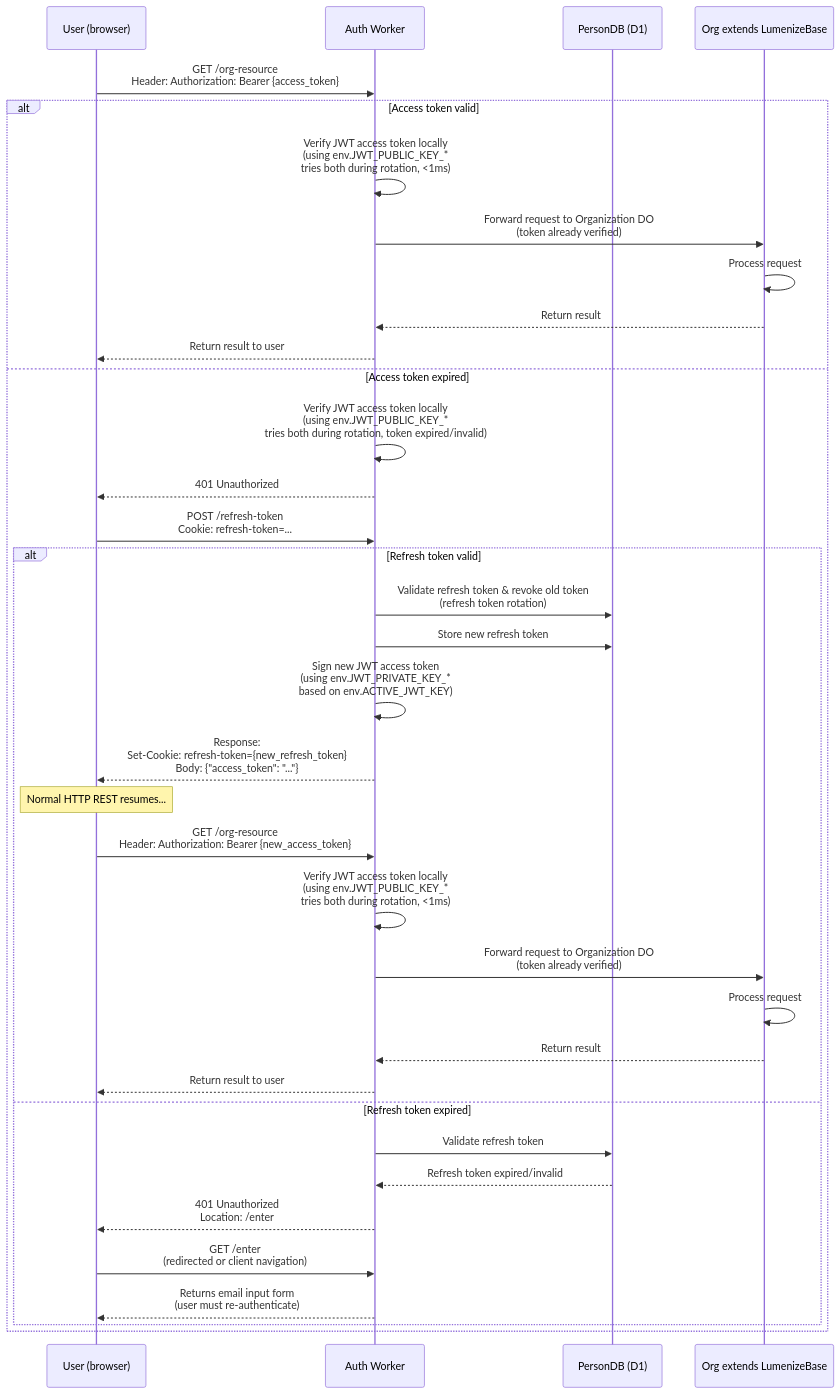
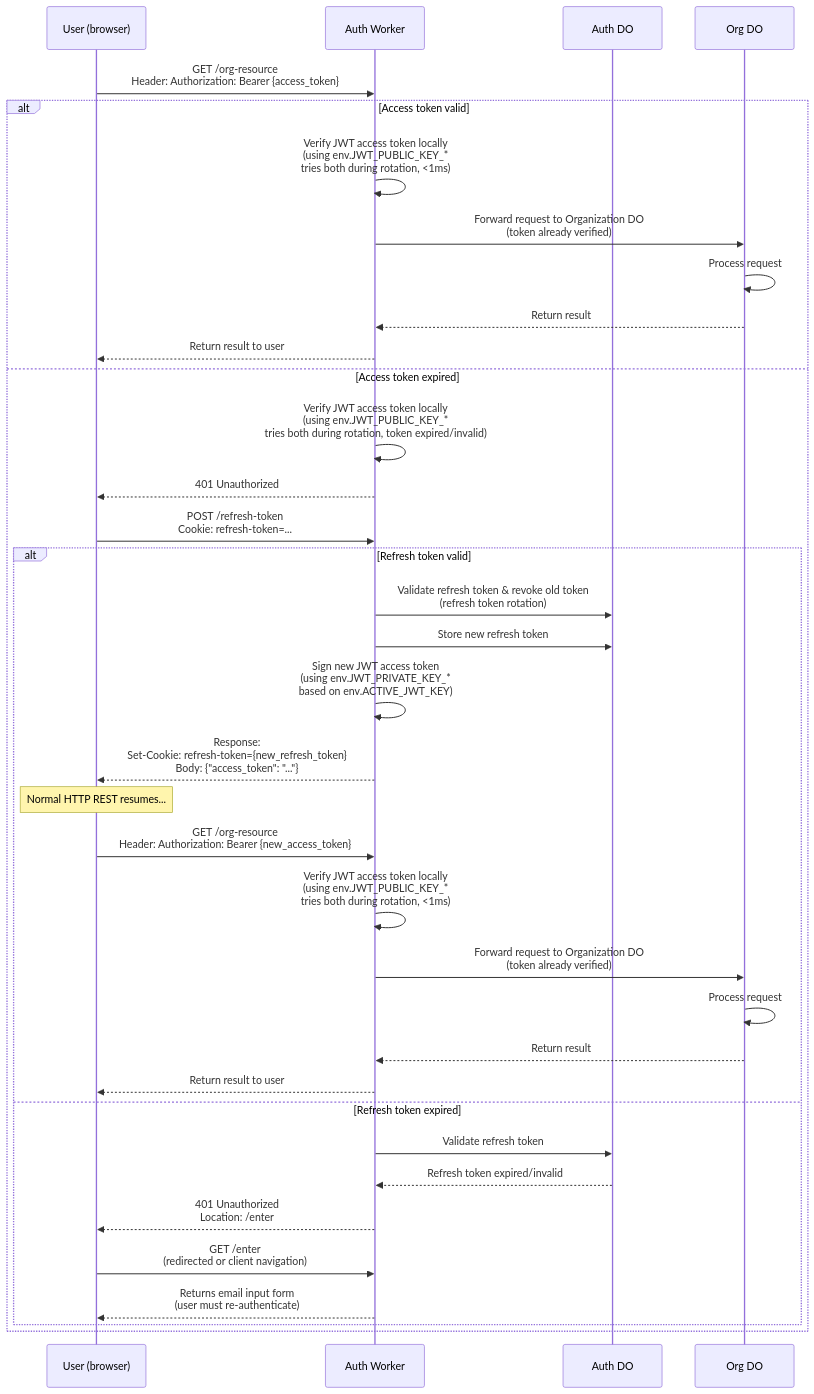
The second of 4 diagrams in tasks/auth.md (lumenize/lumenize), drawn with Mermaid before and after one commit. The commit also changed other lines of this file and 23 other files, not shown here.

First line of the commit message:
feat: @lumenize/auth package (WIP - needs validation with LumenizeClient)

````diff
--- a/tasks/auth.md
+++ b/tasks/auth.md
@@ -35,43 +149,43 @@
 ```mermaid
 sequenceDiagram
     participant User as User (browser)
     participant AuthWorker as Auth Worker
-    participant PersonDB as PersonDB (D1)
-    participant Org as Org extends LumenizeBase
+    participant AuthDO as Auth DO
+    participant Org as Org DO
 
     User->>AuthWorker: GET /org-resource<br/>Header: Authorization: Bearer {access_token}
 
     alt Access token valid
         AuthWorker->>AuthWorker: Verify JWT access token locally<br/>(using env.JWT_PUBLIC_KEY_*<br/>tries both during rotation, <1ms)
         AuthWorker->>Org: Forward request to Organization DO<br/>(token already verified)
         Org->>Org: Process request
         Org-->>AuthWorker: Return result
         AuthWorker-->>User: Return result to user
     else Access token expired
         AuthWorker->>AuthWorker: Verify JWT access token locally<br/>(using env.JWT_PUBLIC_KEY_*<br/>tries both during rotation, token expired/invalid)
         AuthWorker-->>User: 401 Unauthorized
 
         User->>AuthWorker: POST /refresh-token<br/>Cookie: refresh-token=...
         
         alt Refresh token valid
-            AuthWorker->>PersonDB: Validate refresh token & revoke old token<br/>(refresh token rotation)
-            AuthWorker->>PersonDB: Store new refresh token
+            AuthWorker->>AuthDO: Validate refresh token & revoke old token<br/>(refresh token rotation)
+            AuthWorker->>AuthDO: Store new refresh token
             AuthWorker->>AuthWorker: Sign new JWT access token<br/>(using env.JWT_PRIVATE_KEY_*<br/>based on env.ACTIVE_JWT_KEY)
             AuthWorker-->>User: Response:<br/>Set-Cookie: refresh-token={new_refresh_token}<br/>Body: {"access_token": "..."}
 
             Note over User: Normal HTTP REST resumes...
             User->>AuthWorker: GET /org-resource<br/>Header: Authorization: Bearer {new_access_token}
             AuthWorker->>AuthWorker: Verify JWT access token locally<br/>(using env.JWT_PUBLIC_KEY_*<br/>tries both during rotation, <1ms)
             AuthWorker->>Org: Forward request to Organization DO<br/>(token already verified)
             Org->>Org: Process request
             Org-->>AuthWorker: Return result
             AuthWorker-->>User: Return result to user
         else Refresh token expired
-            AuthWorker->>PersonDB: Validate refresh token
-            PersonDB-->>AuthWorker: Refresh token expired/invalid
+            AuthWorker->>AuthDO: Validate refresh token
+            AuthDO-->>AuthWorker: Refresh token expired/invalid
             AuthWorker-->>User: 401 Unauthorized<br/>Location: /enter
             User->>AuthWorker: GET /enter<br/>(redirected or client navigation)
             AuthWorker-->>User: Returns email input form<br/>(user must re-authenticate)
         end
     end
 ```
````
